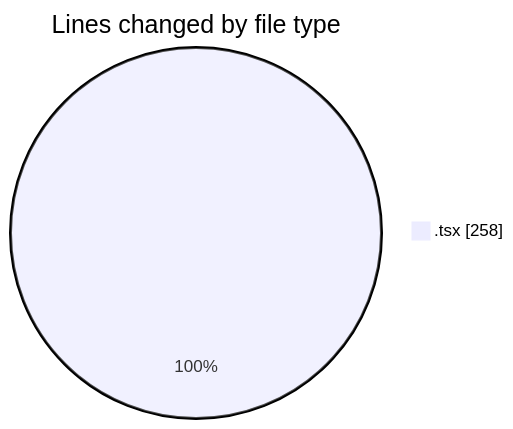
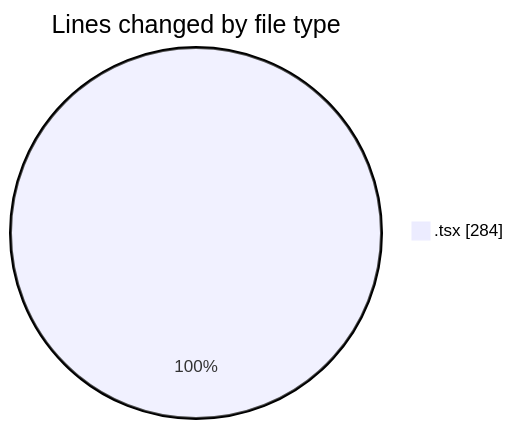
One commit to momahboobian/code-tracking changed the first of 2 diagrams in 2025-01-20/activity-tracker/README.md. Above: the diagram before and after it, drawn with Mermaid. The commit also changed other lines of this file and 1 other file, not shown here.

````diff
--- a/2025-01-20/activity-tracker/README.md
+++ b/2025-01-20/activity-tracker/README.md
@@ -23,5 +23,5 @@
 ```mermaid
 pie showData
 title Lines changed by file type
-".tsx" : 258
+".tsx" : 284
 ```
````
